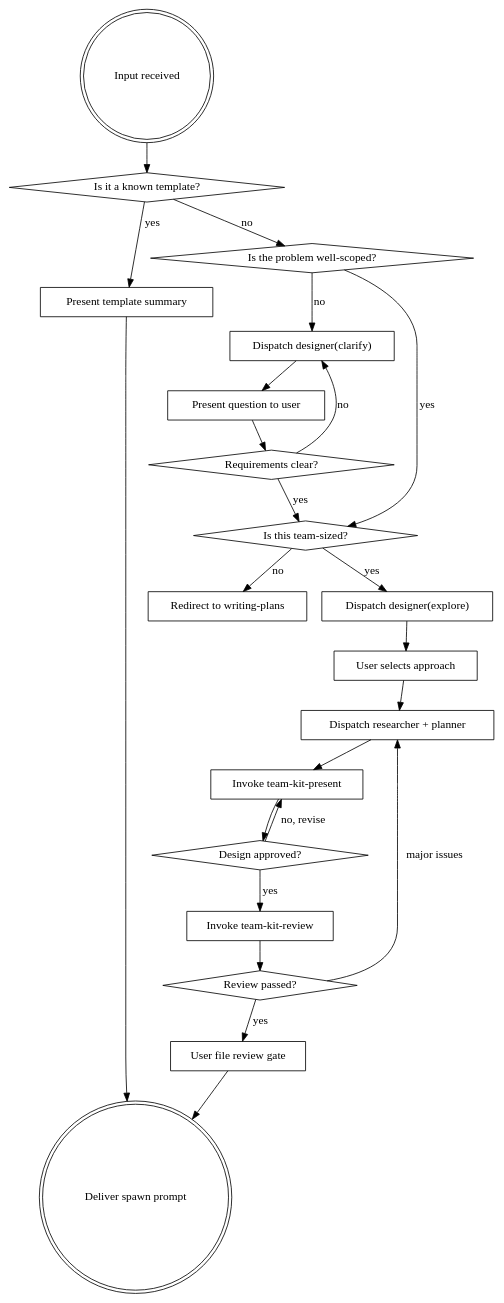
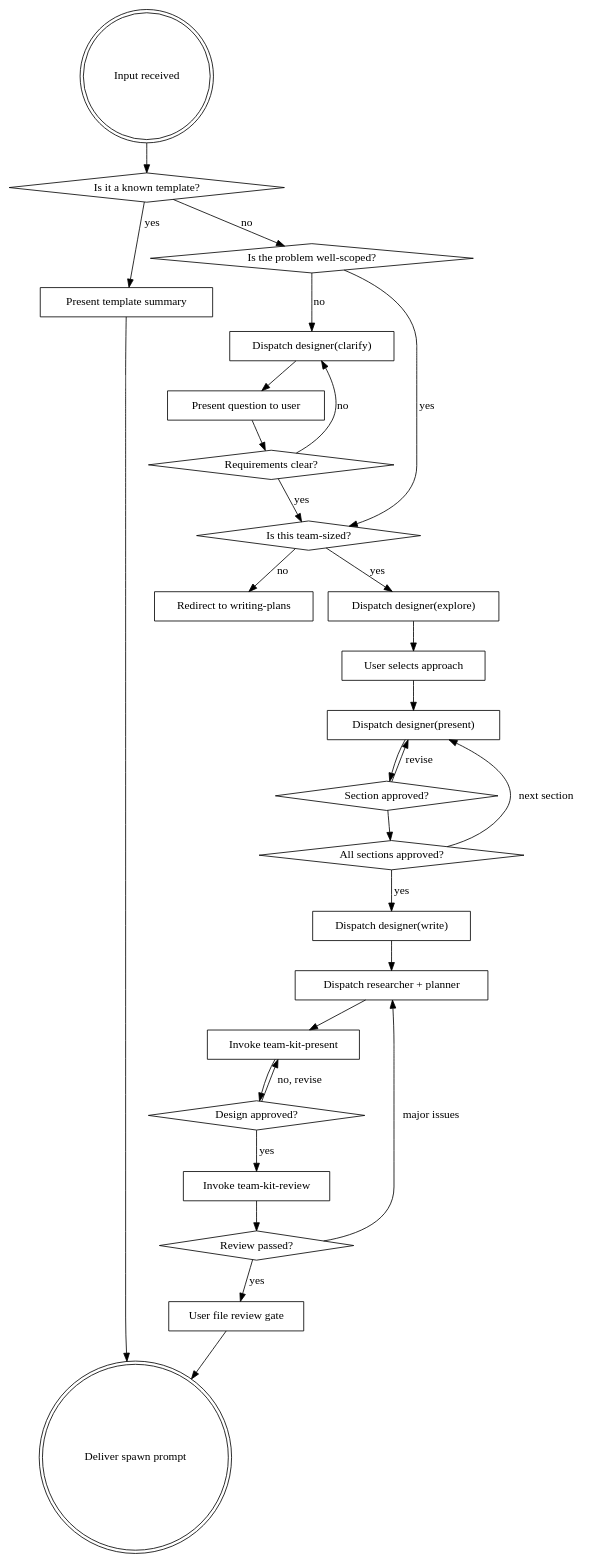
One commit to samelie/claude-plugin-pnpm changed the diagram in skills/team-kit-create/SKILL.md. Above: the diagram before and after it, drawn with Graphviz. The commit also changed other lines of this file and 13 other files, not shown here.

````diff
--- a/skills/team-kit-create/SKILL.md
+++ b/skills/team-kit-create/SKILL.md
@@ -43,45 +50,55 @@
 ```dot
 digraph team_kit_create {
   "Input received" [shape=doublecircle];
   "Is it a known template?" [shape=diamond];
   "Present template summary" [shape=box];
   "Is the problem well-scoped?" [shape=diamond];
   "Dispatch designer(clarify)" [shape=box];
   "Present question to user" [shape=box];
   "Requirements clear?" [shape=diamond];
   "Is this team-sized?" [shape=diamond];
   "Redirect to writing-plans" [shape=box];
   "Dispatch designer(explore)" [shape=box];
   "User selects approach" [shape=box];
+  "Dispatch designer(present)" [shape=box];
+  "Section approved?" [shape=diamond];
+  "All sections approved?" [shape=diamond];
+  "Dispatch designer(write)" [shape=box];
   "Dispatch researcher + planner" [shape=box];
   "Invoke team-kit-present" [shape=box];
   "Design approved?" [shape=diamond];
   "Invoke team-kit-review" [shape=box];
   "Review passed?" [shape=diamond];
   "User file review gate" [shape=box];
   "Deliver spawn prompt" [shape=doublecircle];
 
   "Input received" -> "Is it a known template?";
   "Is it a known template?" -> "Present template summary" [label="yes"];
   "Present template summary" -> "Deliver spawn prompt";
   "Is it a known template?" -> "Is the problem well-scoped?" [label="no"];
   "Is the problem well-scoped?" -> "Dispatch designer(clarify)" [label="no"];
   "Dispatch designer(clarify)" -> "Present question to user";
   "Present question to user" -> "Requirements clear?";
   "Requirements clear?" -> "Dispatch designer(clarify)" [label="no"];
   "Requirements clear?" -> "Is this team-sized?" [label="yes"];
   "Is the problem well-scoped?" -> "Is this team-sized?" [label="yes"];
   "Is this team-sized?" -> "Redirect to writing-plans" [label="no"];
   "Is this team-sized?" -> "Dispatch designer(explore)" [label="yes"];
   "Dispatch designer(explore)" -> "User selects approach";
-  "User selects approach" -> "Dispatch researcher + planner";
+  "User selects approach" -> "Dispatch designer(present)";
+  "Dispatch designer(present)" -> "Section approved?";
+  "Section approved?" -> "Dispatch designer(present)" [label="revise"];
+  "Section approved?" -> "All sections approved?";
+  "All sections approved?" -> "Dispatch designer(present)" [label="next section"];
+  "All sections approved?" -> "Dispatch designer(write)" [label="yes"];
+  "Dispatch designer(write)" -> "Dispatch researcher + planner";
   "Dispatch researcher + planner" -> "Invoke team-kit-present";
   "Invoke team-kit-present" -> "Design approved?";
   "Design approved?" -> "Invoke team-kit-present" [label="no, revise"];
   "Design approved?" -> "Invoke team-kit-review" [label="yes"];
   "Invoke team-kit-review" -> "Review passed?";
   "Review passed?" -> "Dispatch researcher + planner" [label="major issues"];
   "Review passed?" -> "User file review gate" [label="yes"];
   "User file review gate" -> "Deliver spawn prompt";
 }
 ```
````
